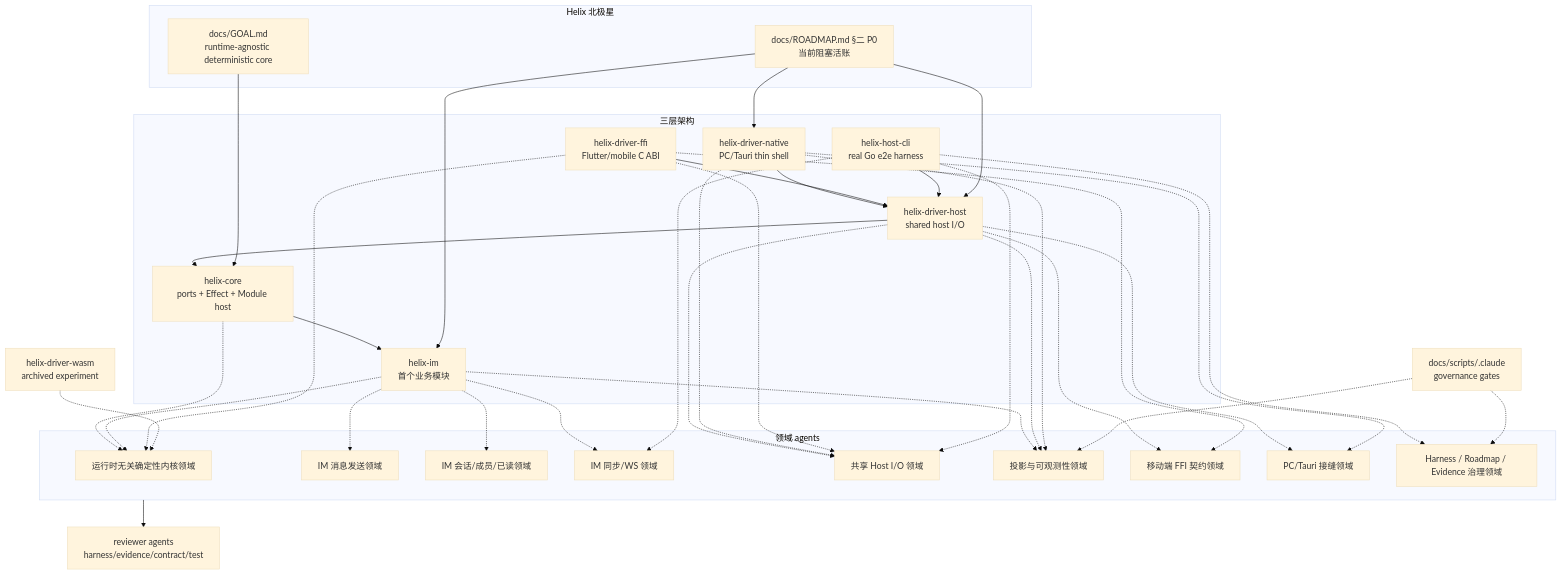
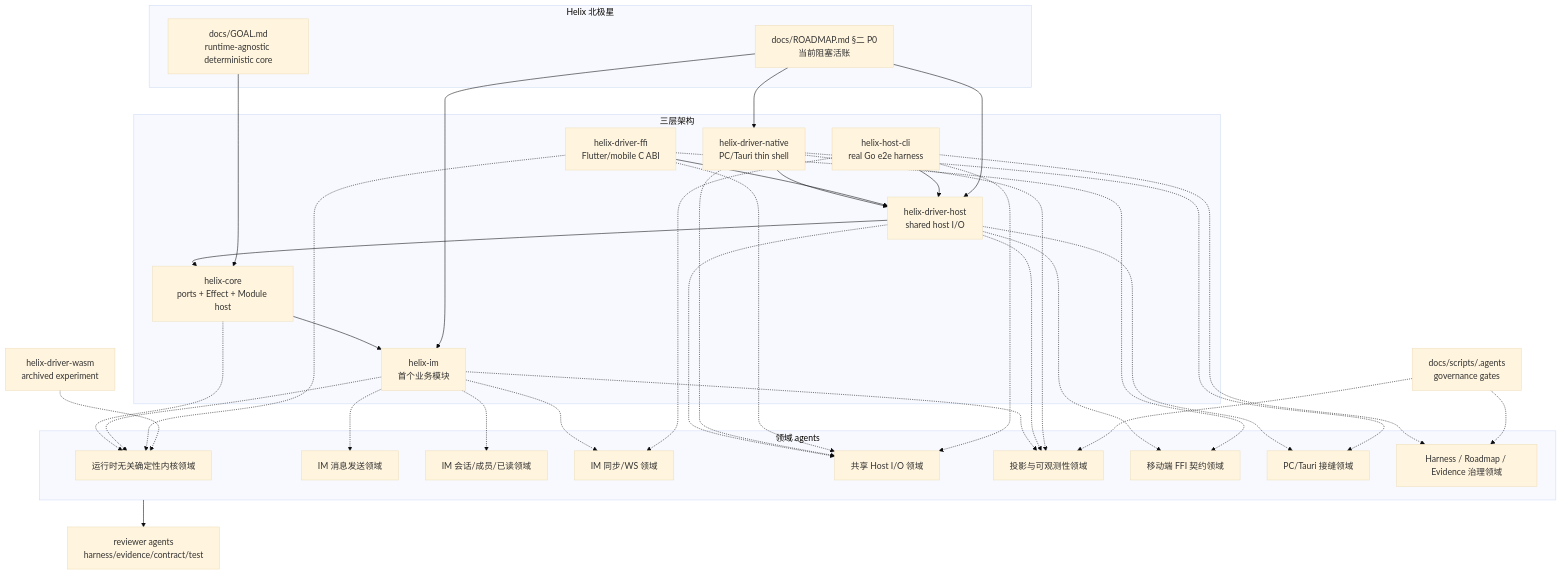
Before and after one commit to zxs1633079383/helix: the diagram in .agents/diagrams/project-domain-map.mmd, drawn with Mermaid (base theme). The commit also changed 156 other files, not shown here.

First line of the commit message:
chore(agents): 移除 Claude 配置与镜像约束

```diff
--- a/.agents/diagrams/project-domain-map.mmd
+++ b/.agents/diagrams/project-domain-map.mmd
@@ -1,58 +1,58 @@
 flowchart TB
   subgraph North["Helix 北极星"]
     GOAL["docs/GOAL.md\nruntime-agnostic deterministic core"]
     P0["docs/ROADMAP.md §二 P0\n当前阻塞活账"]
   end
   subgraph Layers["三层架构"]
     Core["helix-core\nports + Effect + Module host"]
     IM["helix-im\n首个业务模块"]
     Host["helix-driver-host\nshared host I/O"]
     Native["helix-driver-native\nPC/Tauri thin shell"]
     FFI["helix-driver-ffi\nFlutter/mobile C ABI"]
     CLI["helix-host-cli\nreal Go e2e harness"]
   end
     Wasm["helix-driver-wasm\narchived experiment"]
-    Gov["docs/scripts/.claude\ngovernance gates"]
+    Gov["docs/scripts/.agents\ngovernance gates"]
   Core --> IM
   Host --> Core
   Native --> Host
   FFI --> Host
   CLI --> Host
   subgraph Domains["领域 agents"]
     runtime_core["运行时无关确定性内核领域"]
     im_message["IM 消息发送领域"]
     im_channel["IM 会话/成员/已读领域"]
     im_sync["IM 同步/WS 领域"]
     host_io["共享 Host I/O 领域"]
     projection_observability["投影与可观测性领域"]
     mobile_ffi["移动端 FFI 契约领域"]
     native_tauri["PC/Tauri 接缝领域"]
     harness_governance["Harness / Roadmap / Evidence 治理领域"]
   end
   Core -.-> runtime_core
   IM -.-> im_message
   IM -.-> im_channel
   IM -.-> im_sync
   IM -.-> projection_observability
   IM -.-> runtime_core
   Host -.-> host_io
   Host -.-> projection_observability
   Host -.-> native_tauri
   Host -.-> mobile_ffi
   Native -.-> native_tauri
   Native -.-> host_io
   Native -.-> projection_observability
   FFI -.-> mobile_ffi
   FFI -.-> host_io
   FFI -.-> runtime_core
   CLI -.-> host_io
   CLI -.-> im_sync
   CLI -.-> harness_governance
   Wasm -.-> runtime_core
   Gov -.-> harness_governance
   Gov -.-> projection_observability
   GOAL --> Core
   P0 --> Native
   P0 --> Host
   P0 --> IM
   Domains --> Reviewers["reviewer agents\nharness/evidence/contract/test"]
```
